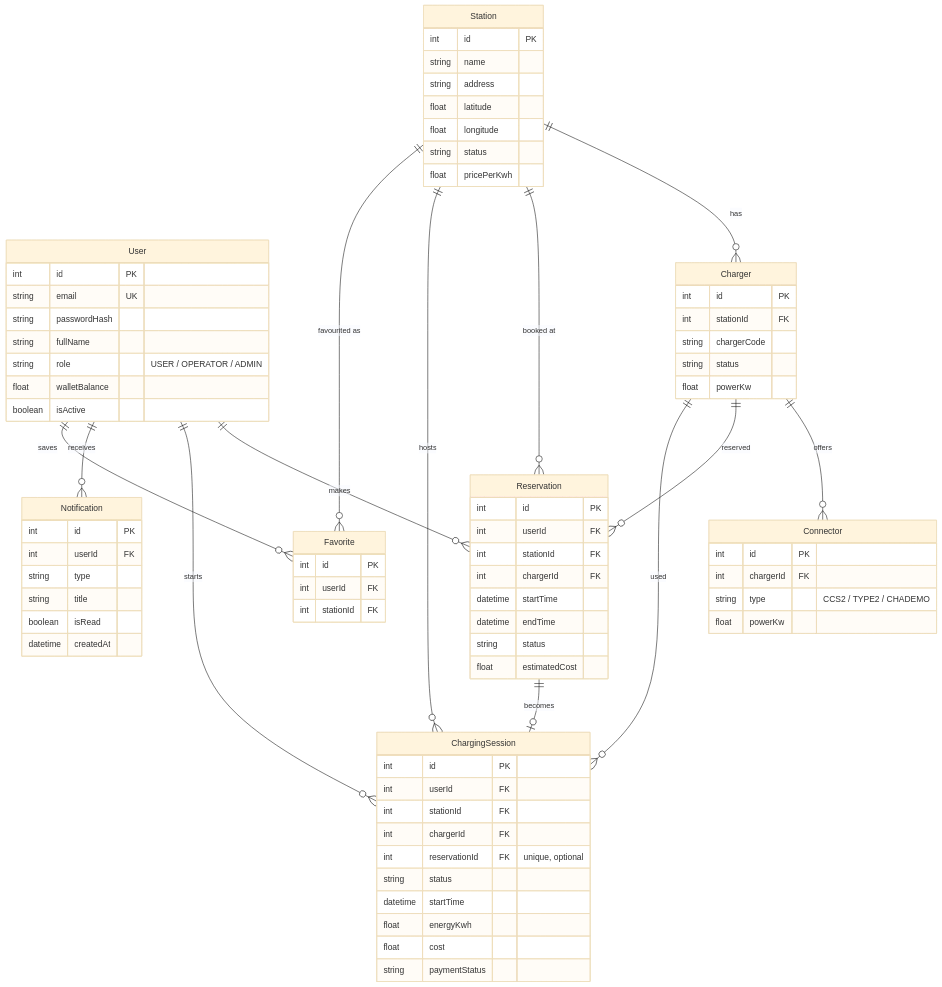
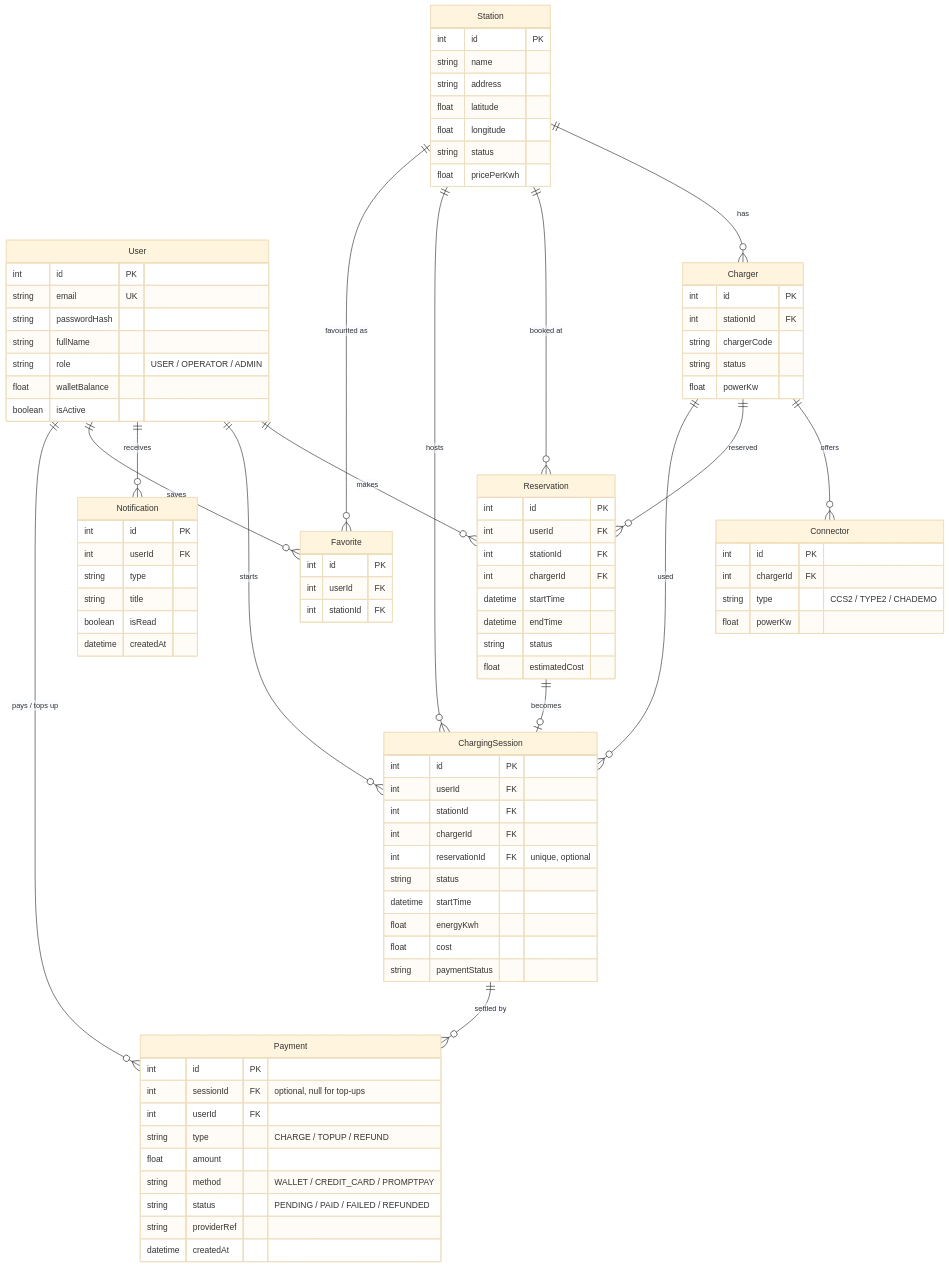
One commit to raftisz/Ev-charging-app changed the fourth of 5 diagrams in docs/system-diagrams.md. Above: the diagram before and after it, drawn with Mermaid (base theme). The commit also changed 3 other files, not shown here.

```diff
--- a/docs/system-diagrams.md
+++ b/docs/system-diagrams.md
@@ -119,6 +119,8 @@
     Charger ||--o{ Reservation : reserved
     Charger ||--o{ ChargingSession : used
     Reservation ||--o| ChargingSession : "becomes"
+    User ||--o{ Payment : "pays / tops up"
+    ChargingSession ||--o{ Payment : "settled by"
 
     User {
         int id PK
@@ -173,6 +175,17 @@
         float cost
         string paymentStatus
     }
+    Payment {
+        int id PK
+        int sessionId FK "optional, null for top-ups"
+        int userId FK
+        string type "CHARGE / TOPUP / REFUND"
+        float amount
+        string method "WALLET / CREDIT_CARD / PROMPTPAY"
+        string status "PENDING / PAID / FAILED / REFUNDED"
+        string providerRef
+        datetime createdAt
+    }
     Notification {
         int id PK
         int userId FK
```
